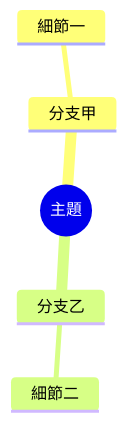
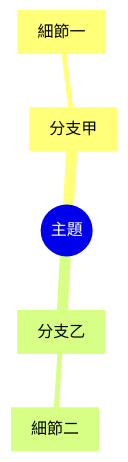
Before and after one commit to CaoYuhaoCarl/visual-agent-map-zh-cn: diagram 20 of 32 in tests/fixtures/mermaid-types.md, drawn with Mermaid. The commit also changed other lines of this file and 37 other files, not shown here.

Commit message:
fix: table-attached chart rule and literal quoting rule per diagnosis (F1 + rule 3)

````diff
--- a/tests/fixtures/mermaid-types.md
+++ b/tests/fixtures/mermaid-types.md
@@ -202,8 +202,8 @@
 ```mermaid
 mindmap
-  root((主題))
-    分支甲
-      細節一
-    分支乙
-      細節二
+  root(("主題"))
+    a["分支甲"]
+      a1["細節一"]
+    b["分支乙"]
+      b1["細節二"]
 ```
````
